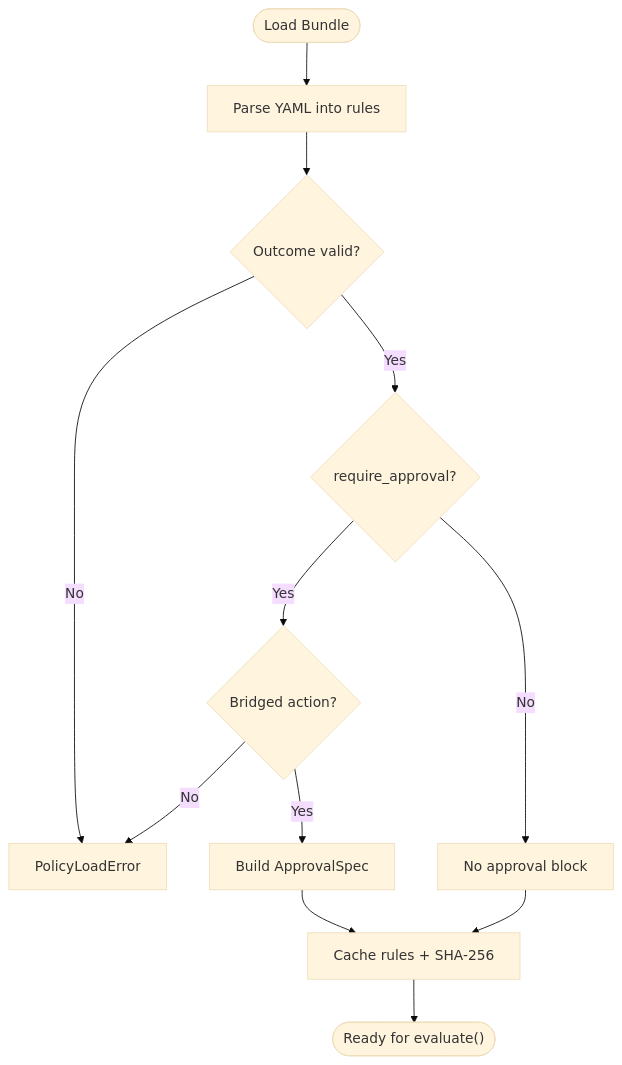
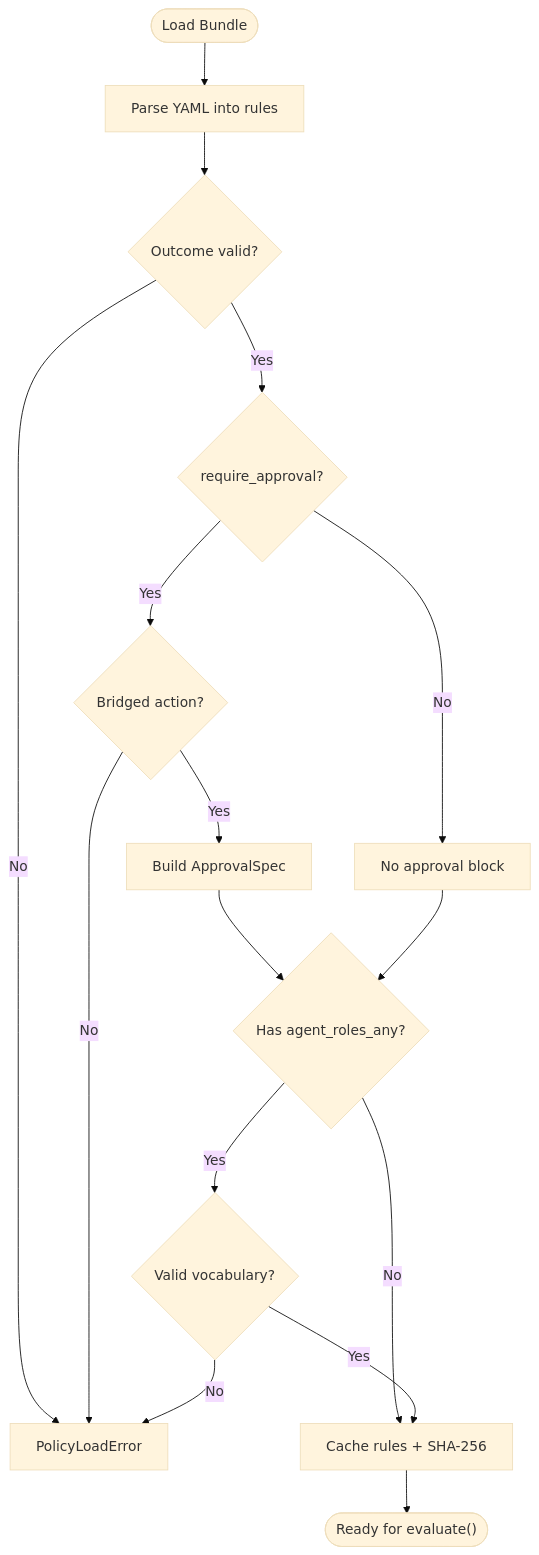
One commit to metasync/luban-aiops changed the tenth of 16 diagrams in .qoder/repowiki/en/content/Core Services/Platform Gateway/Policy Engine and Authorization.md. Above: the diagram before and after it, drawn with Mermaid (base theme). The commit also changed other lines of this file and 128 other files, not shown here.

````diff
--- a/.qoder/repowiki/en/content/Core Services/Platform Gateway/Policy Engine and Authorization.md
+++ b/.qoder/repowiki/en/content/Core Services/Platform Gateway/Policy Engine and Authorization.md
@@ -292,14 +438,18 @@
 ```mermaid
 flowchart TD
 Start(["Load Bundle"]) --> Parse["Parse YAML into rules"]
 Parse --> Validate{"Outcome valid?"}
 Validate --> |No| Error["PolicyLoadError"]
 Validate --> |Yes| CheckApproval{"require_approval?"}
 CheckApproval --> |Yes| BridgeCheck{"Bridged action?"}
 BridgeCheck --> |No| Error
 BridgeCheck --> |Yes| BuildApproval["Build ApprovalSpec"]
 CheckApproval --> |No| SkipApproval["No approval block"]
-BuildApproval --> Cache["Cache rules + SHA-256"]
-SkipApproval --> Cache
+BuildApproval --> CheckAgentRoles{"Has agent_roles_any?"}
+SkipApproval --> CheckAgentRoles
+CheckAgentRoles --> |Yes| ValidateVocab{"Valid vocabulary?"}
+CheckAgentRoles --> |No| Cache["Cache rules + SHA-256"]
+ValidateVocab --> |Yes| Cache
+ValidateVocab --> |No| Error
 Cache --> End(["Ready for evaluate()"])
 ```
````
